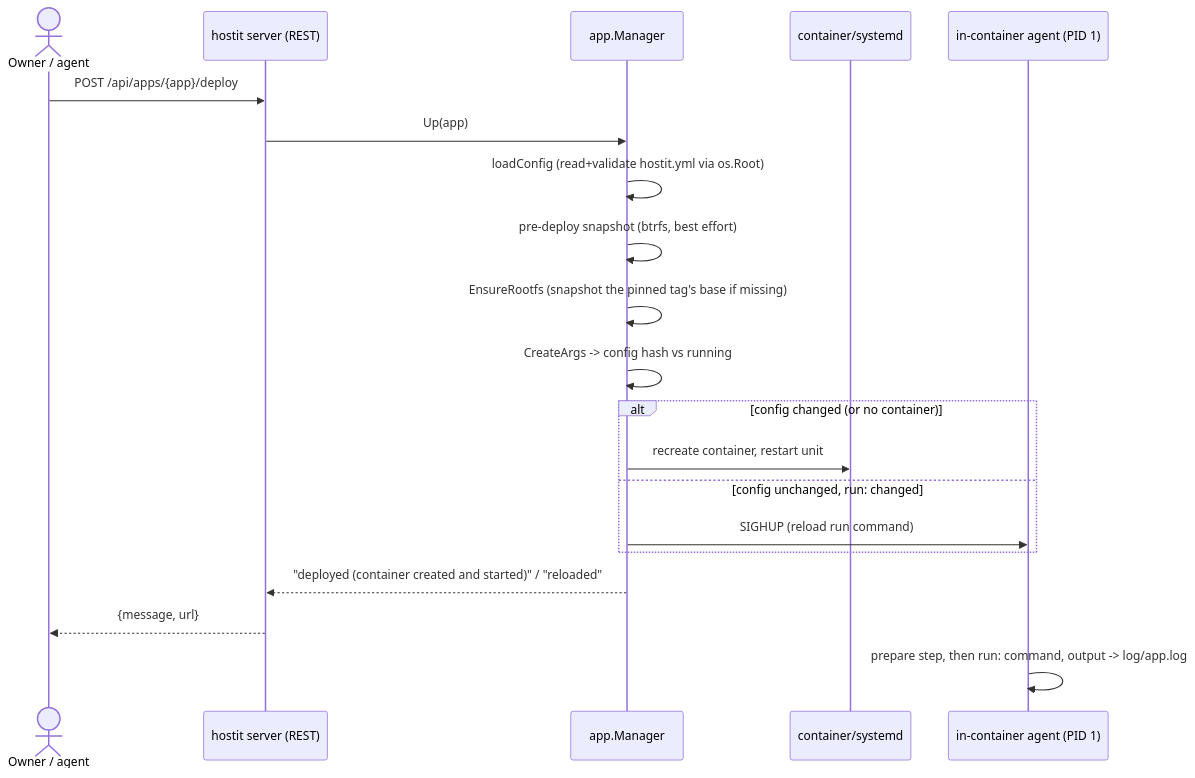
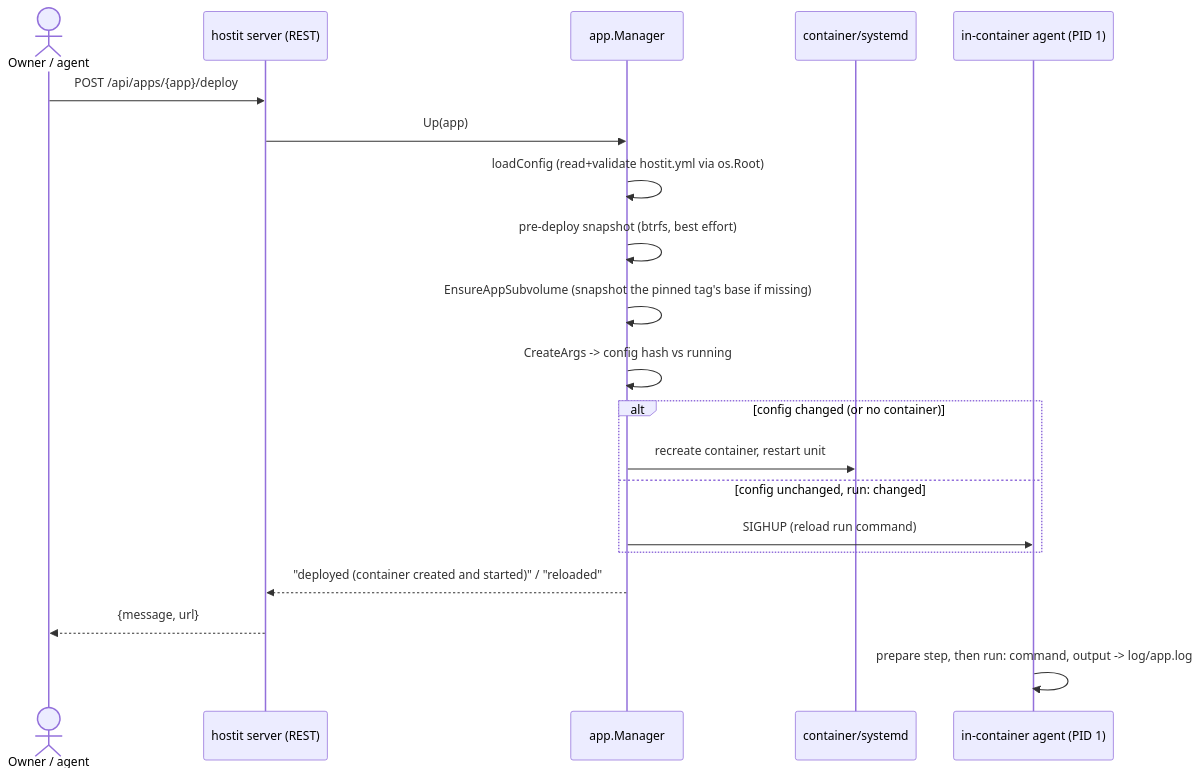
One commit to binwiederhier/hostit changed the diagram in docs/features/deploy.md. Above: the diagram before and after it, drawn with Mermaid. The commit also changed other lines of this file and 21 other files, not shown here.

````diff
--- a/docs/features/deploy.md
+++ b/docs/features/deploy.md
@@ -55,22 +55,22 @@
 ```mermaid
 sequenceDiagram
     actor Dev as Owner / agent
     participant API as hostit server (REST)
     participant Mgr as app.Manager
     participant Podman as container/systemd
     participant Agent as in-container agent (PID 1)
     Dev->>API: POST /api/apps/{app}/deploy
     API->>Mgr: Up(app)
     Mgr->>Mgr: loadConfig (read+validate hostit.yml via os.Root)
     Mgr->>Mgr: pre-deploy snapshot (btrfs, best effort)
-    Mgr->>Mgr: EnsureRootfs (snapshot the pinned tag's base if missing)
+    Mgr->>Mgr: EnsureAppSubvolume (snapshot the pinned tag's base if missing)
     Mgr->>Mgr: CreateArgs -> config hash vs running
     alt config changed (or no container)
         Mgr->>Podman: recreate container, restart unit
     else config unchanged, run: changed
         Mgr->>Agent: SIGHUP (reload run command)
     end
     Mgr-->>API: "deployed (container created and started)" / "reloaded"
     API-->>Dev: {message, url}
     Agent->>Agent: prepare step, then run: command, output -> log/app.log
 ```
````
